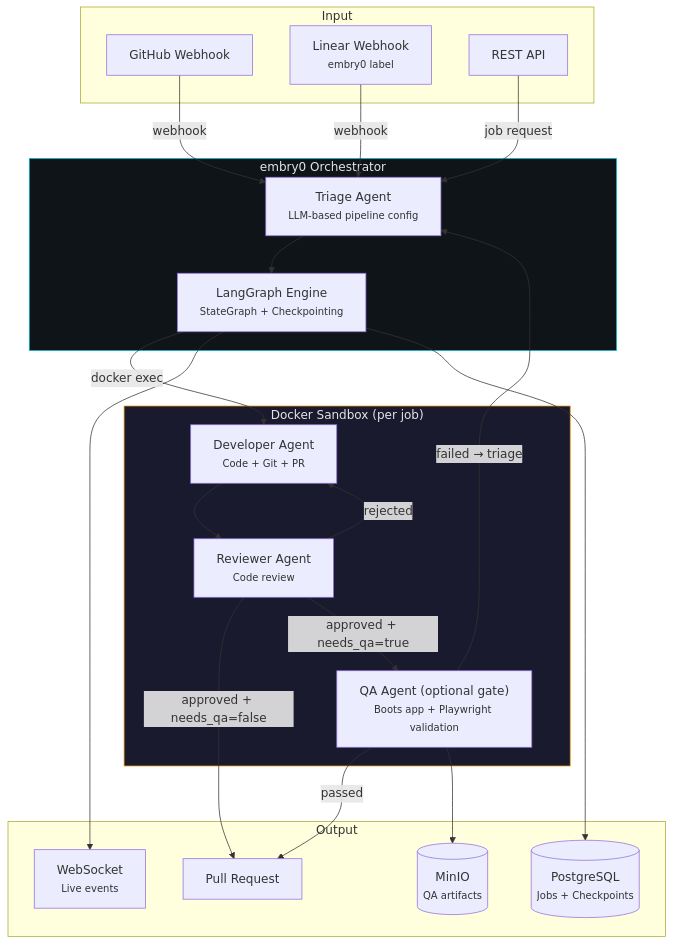
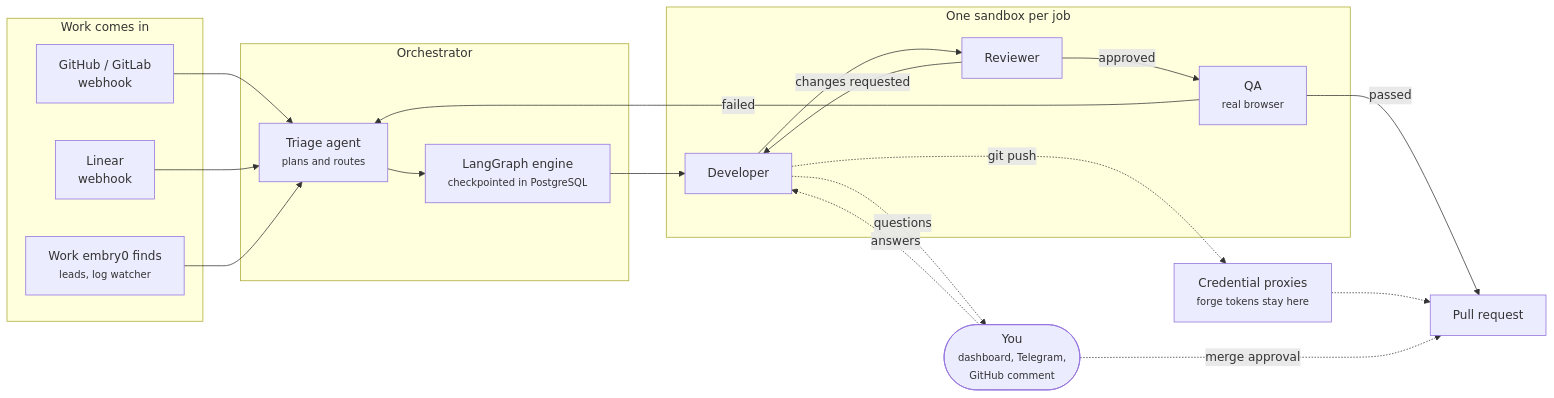
One commit to sudoTomas/embry0 changed the diagram in README.md. Above: the diagram before and after it, drawn with Mermaid. The commit also changed other lines of this file and 10 other files, not shown here.

````diff
--- a/README.md
+++ b/README.md
@@ -21,44 +48,37 @@
 ```mermaid
-graph TB
-    subgraph Input
-        GH["GitHub Webhook"]
-        LN["Linear Webhook<br/><small>embry0 label</small>"]
-        API["REST API"]
+graph LR
+    subgraph In["Work comes in"]
+        GH["GitHub / GitLab<br/>webhook"]
+        LN["Linear<br/>webhook"]
+        FOUND["Work embry0 finds<br/><small>leads, log watcher</small>"]
     end
 
-    subgraph embry0["embry0 Orchestrator"]
-        TR["Triage Agent<br/><small>LLM-based pipeline config</small>"]
-        LG["LangGraph Engine<br/><small>StateGraph + Checkpointing</small>"]
+    subgraph Orch["Orchestrator"]
+        TR["Triage agent<br/><small>plans and routes</small>"]
+        LG["LangGraph engine<br/><small>checkpointed in PostgreSQL</small>"]
     end
 
-    subgraph Sandbox["Docker Sandbox (per job)"]
-        DEV["Developer Agent<br/><small>Code + Git + PR</small>"]
-        REV["Reviewer Agent<br/><small>Code review</small>"]
-        QA["QA Agent (optional gate)<br/><small>Boots app + Playwright validation</small>"]
+    subgraph Sandbox["One sandbox per job"]
+        DEV["Developer"]
+        REV["Reviewer"]
+        QA["QA<br/><small>real browser</small>"]
     end
 
-    subgraph Output
-        PR["Pull Request"]
-        WS["WebSocket<br/><small>Live events</small>"]
-        DB[("PostgreSQL<br/><small>Jobs + Checkpoints</small>")]
-        MIN[("MinIO<br/><small>QA artifacts</small>")]
-    end
+    PX["Credential proxies<br/><small>forge tokens stay here</small>"]
+    YOU(["You<br/><small>dashboard, Telegram,<br/>GitHub comment</small>"])
+    PR["Pull request"]
 
-    GH -->|webhook| TR
-    LN -->|webhook| TR
-    API -->|job request| TR
-    TR --> LG
-    LG -->|docker exec| DEV
+    GH --> TR
+    LN --> TR
+    FOUND --> TR
+    TR --> LG --> DEV
     DEV --> REV
-    REV -->|rejected| DEV
-    REV -->|"approved + needs_qa=false"| PR
-    REV -->|"approved + needs_qa=true"| QA
-    QA -->|"passed"| PR
-    QA -->|"failed → triage"| TR
-    QA --> MIN
-    LG --> WS
-    LG --> DB
-
-    style embry0 fill:#0f1419,stroke:#06b6d4,color:#e4e4e7
-    style Sandbox fill:#1a1a2e,stroke:#f59e0b,color:#e4e4e7
+    REV -->|changes requested| DEV
+    REV -->|approved| QA
+    QA -->|failed| TR
+    QA -->|passed| PR
+    DEV -.->|git push| PX -.-> PR
+    DEV -.->|questions| YOU
+    YOU -.->|answers| DEV
+    YOU -.->|merge approval| PR
 ```
````
